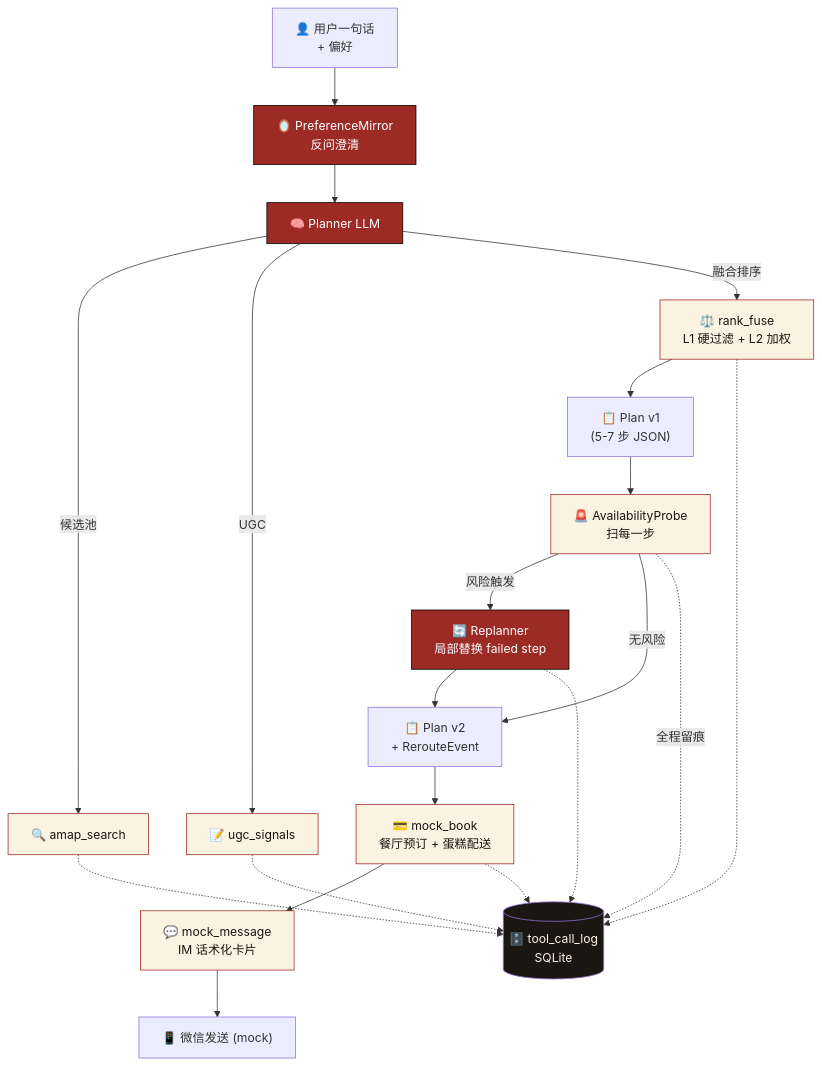
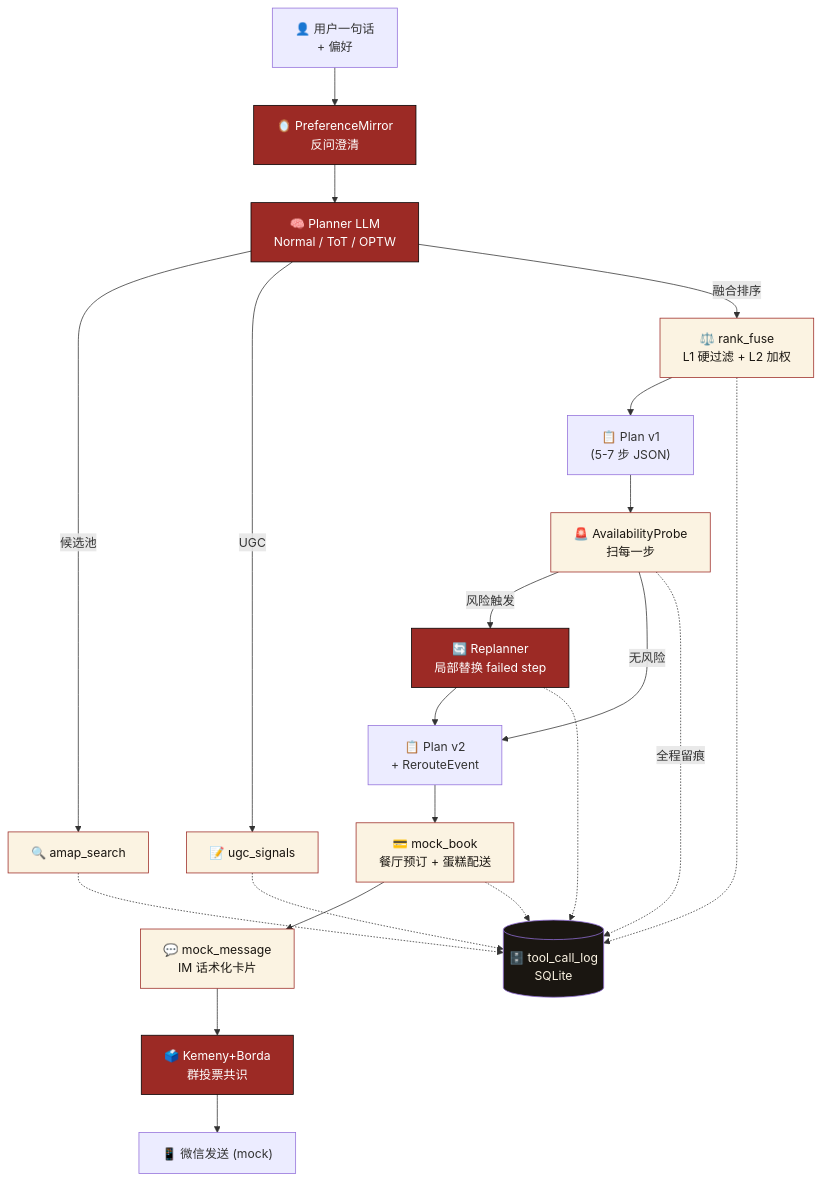
One commit to estelledc/bj-pal changed the first of 3 diagrams in promo/architecture.md. Above: the diagram before and after it, drawn with Mermaid. The commit also changed other lines of this file and 7 other files, not shown here.

````diff
--- a/promo/architecture.md
+++ b/promo/architecture.md
@@ -8,31 +8,32 @@
 ```mermaid
 flowchart TD
     User["👤 用户一句话<br/>+ 偏好"] --> Mirror["🪞 PreferenceMirror<br/>反问澄清"]
-    Mirror --> Planner["🧠 Planner LLM"]
+    Mirror --> Planner["🧠 Planner LLM<br/>Normal / ToT / OPTW"]
     Planner -->|候选池| Search["🔍 amap_search"]
     Planner -->|UGC| UGC["📝 ugc_signals"]
     Planner -->|融合排序| Rank["⚖️ rank_fuse<br/>L1 硬过滤 + L2 加权"]
     Rank --> Plan1["📋 Plan v1<br/>(5-7 步 JSON)"]
     Plan1 --> Probe["🚨 AvailabilityProbe<br/>扫每一步"]
     Probe -->|风险触发| Replanner["🔄 Replanner<br/>局部替换 failed step"]
     Replanner --> Plan2["📋 Plan v2<br/>+ RerouteEvent"]
     Probe -->|无风险| Plan2
     Plan2 --> Book["💳 mock_book<br/>餐厅预订 + 蛋糕配送"]
     Book --> Message["💬 mock_message<br/>IM 话术化卡片"]
-    Message --> Send["📱 微信发送 (mock)"]
+    Message --> Vote["🗳️ Kemeny+Borda<br/>群投票共识"]
+    Vote --> Send["📱 微信发送 (mock)"]
 
     Probe -.全程留痕.-> Log[("🗄️ tool_call_log<br/>SQLite")]
     Search -.-> Log
     UGC -.-> Log
     Rank -.-> Log
     Replanner -.-> Log
     Book -.-> Log
 
     classDef agent fill:#9c2a25,color:#fff,stroke:#000
     classDef tool fill:#fbf3e2,color:#1a1611,stroke:#9c2a25
     classDef storage fill:#1a1611,color:#fbf3e2
 
-    class Planner,Replanner,Mirror agent
+    class Planner,Replanner,Mirror,Vote agent
     class Search,UGC,Rank,Probe,Book,Message tool
     class Log storage
 ```
````
